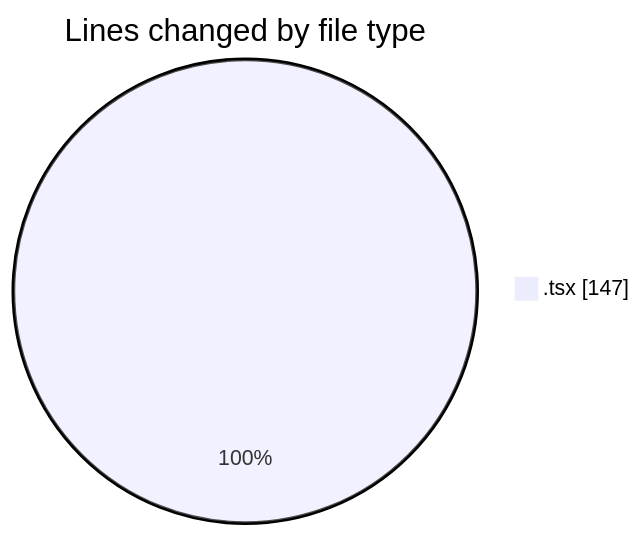
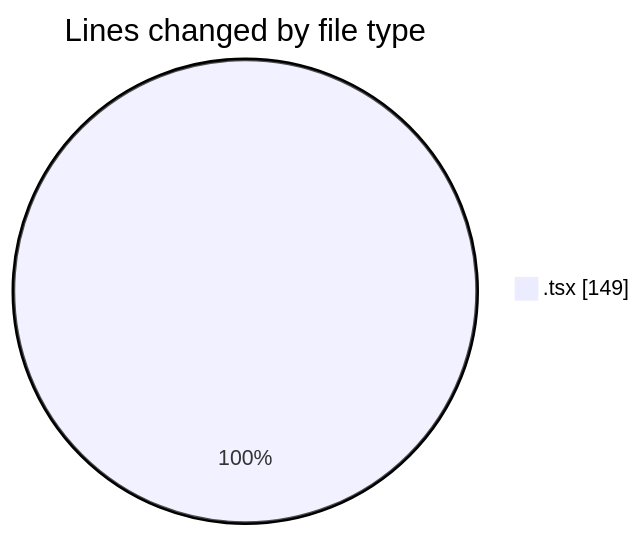
One commit to robertbonfada/code-tracking changed the first of 2 diagrams in 2025-02-04/mbc-web/README.md. Above: the diagram before and after it, drawn with Mermaid. The commit also changed other lines of this file and 1 other file, not shown here.

````diff
--- a/2025-02-04/mbc-web/README.md
+++ b/2025-02-04/mbc-web/README.md
@@ -22,5 +22,5 @@
 ```mermaid
 pie showData
 title Lines changed by file type
-".tsx" : 147
+".tsx" : 149
 ```
````
